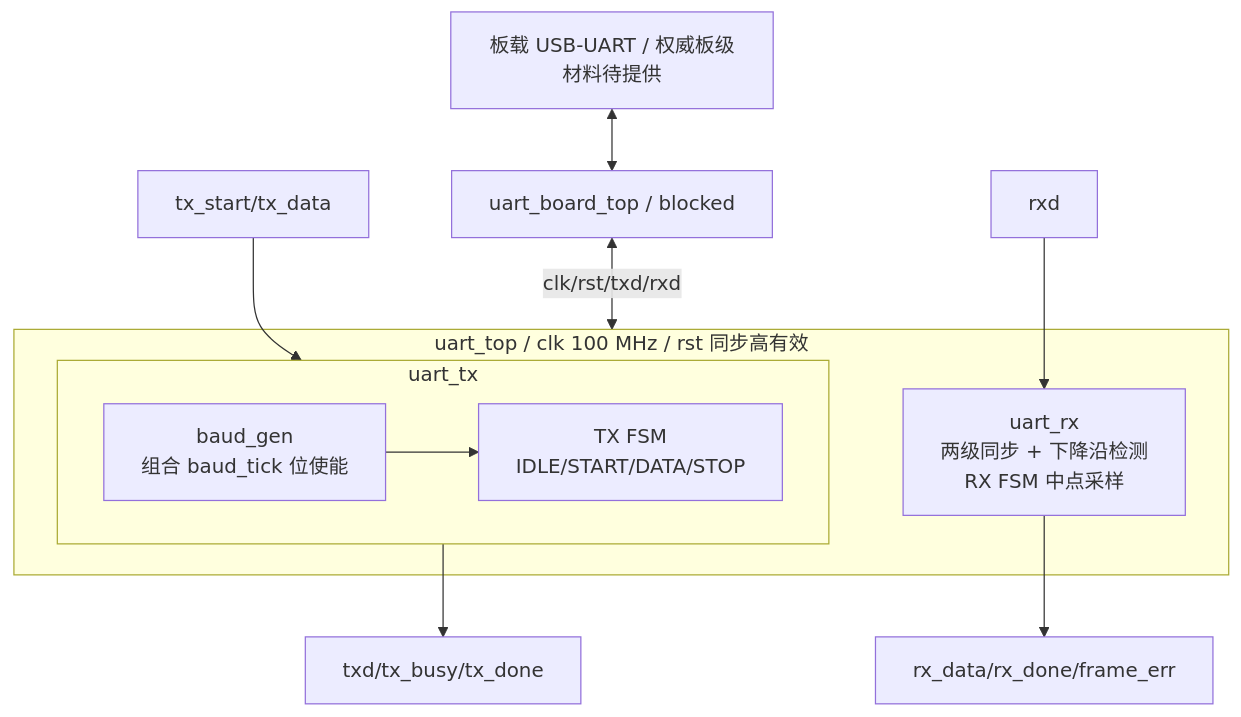
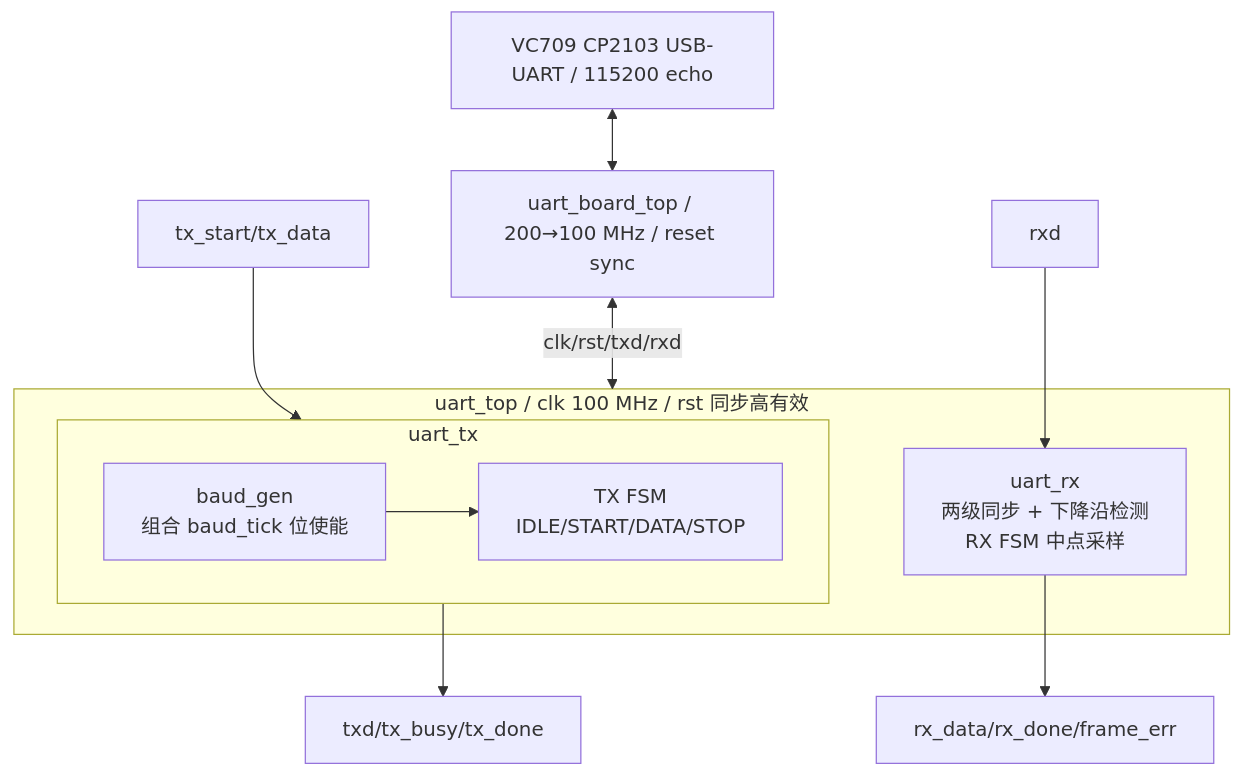
One commit to whosl/Synthia changed the diagram in golden/uart/docs/03-可编程逻辑器件软件设计说明.md. Above: the diagram before and after it, drawn with Mermaid. The commit also changed other lines of this file and 51 other files, not shown here.

First line of the commit message:
docs(golden): update all 25 documents with formal flow results

````diff
--- a/golden/uart/docs/03-可编程逻辑器件软件设计说明.md
+++ b/golden/uart/docs/03-可编程逻辑器件软件设计说明.md
@@ -63,17 +65,17 @@
 ```mermaid
 flowchart TB
   subgraph TOP[uart_top / clk 100 MHz / rst 同步高有效]
     subgraph TX[uart_tx]
       BG[baud_gen<br/>组合 baud_tick 位使能]
       TXFSM[TX FSM<br/>IDLE/START/DATA/STOP]
       BG --> TXFSM
     end
     RX[uart_rx<br/>两级同步 + 下降沿检测<br/>RX FSM 中点采样]
   end
   IN[tx_start/tx_data] --> TX
   TX --> OUT[txd/tx_busy/tx_done]
   RXIN[rxd] --> RX
   RX --> RXOUT[rx_data/rx_done/frame_err]
-  WRAP[uart_board_top / blocked] <-->|clk/rst/txd/rxd| TOP
-  BOARD[板载 USB-UART / 权威板级材料待提供] <--> WRAP
+  WRAP[uart_board_top / 200→100 MHz / reset sync] <-->|clk/rst/txd/rxd| TOP
+  BOARD[VC709 CP2103 USB-UART / 115200 echo] <--> WRAP
 ```
````
